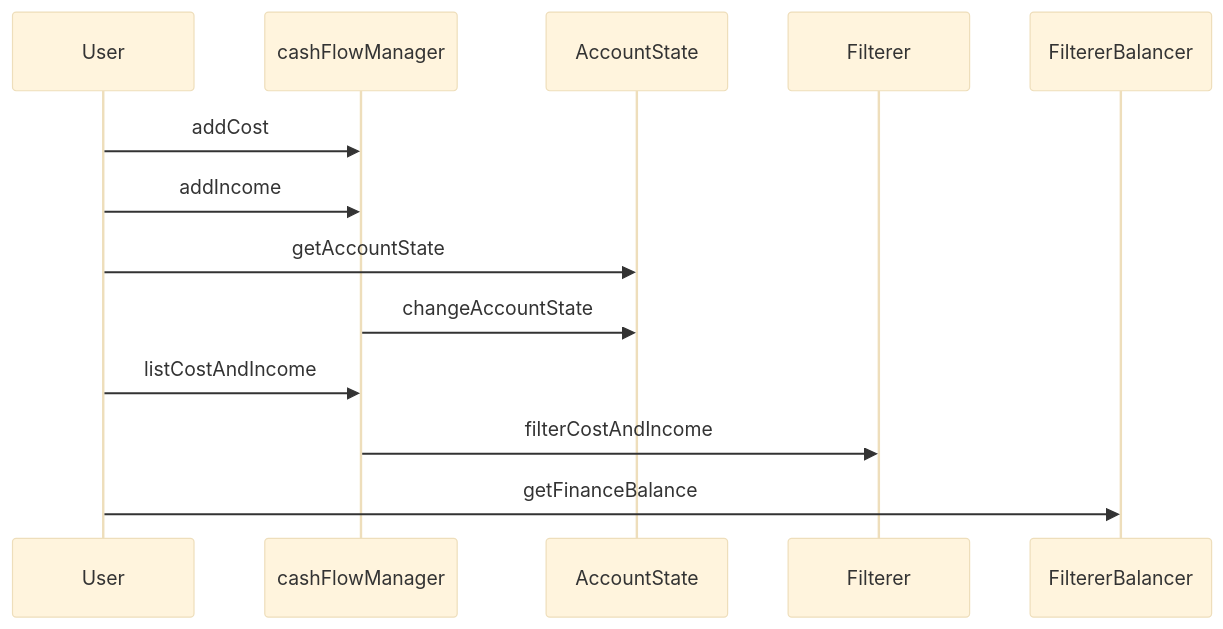
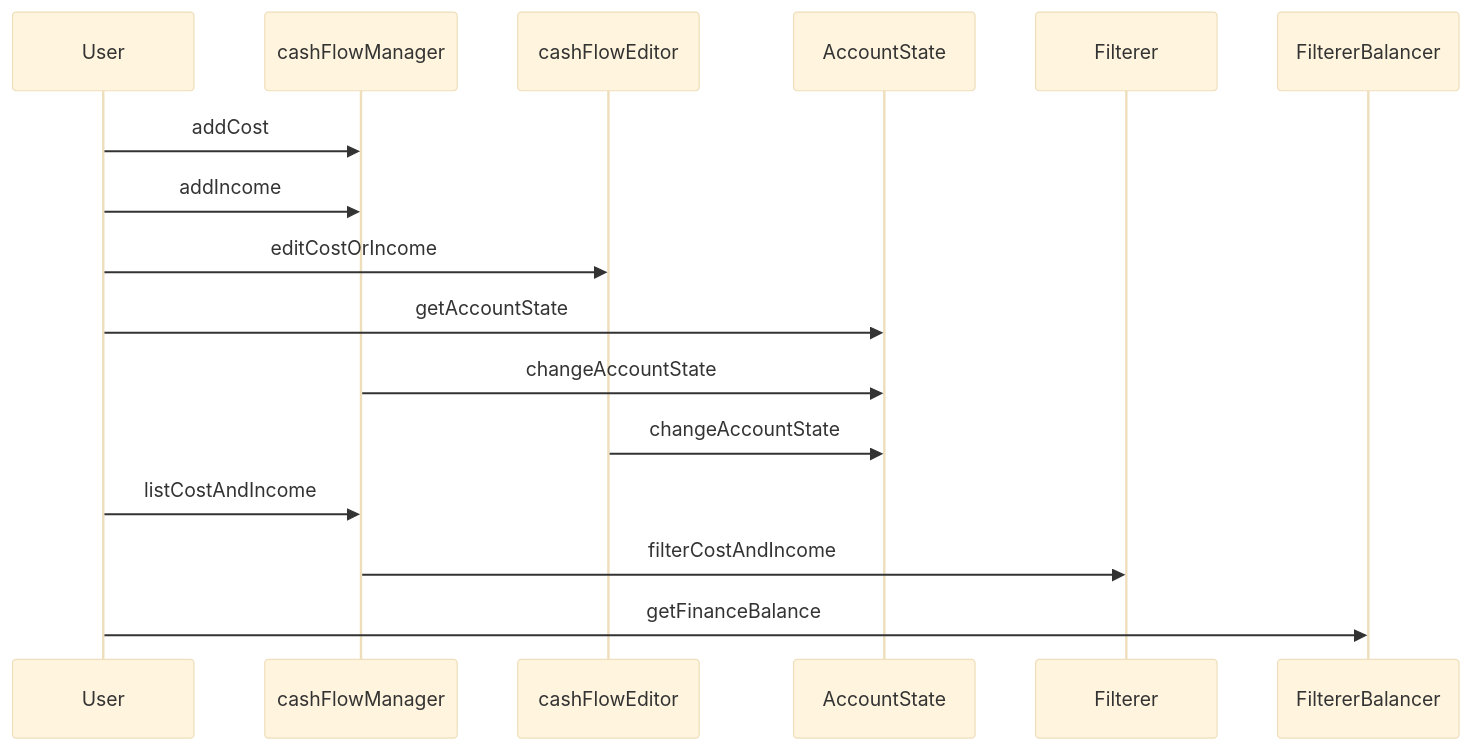
The diagram in README.md (kempakepa/budgetProject), drawn with Mermaid (base theme) before and after one commit. The commit also changed 30 other files, not shown here.

First line of the commit message:
feat(#14): edit cost and income (#22)

````diff
--- a/README.md
+++ b/README.md
@@ -22,10 +22,12 @@
 ```mermaid
 sequenceDiagram
     User->>cashFlowManager: addCost
     User->>cashFlowManager: addIncome
+    User->>cashFlowEditor: editCostOrIncome
     User->>AccountState: getAccountState
     cashFlowManager->>AccountState: changeAccountState
+    cashFlowEditor->>AccountState: changeAccountState
     User->>cashFlowManager: listCostAndIncome
     cashFlowManager->>Filterer: filterCostAndIncome
     User->>FiltererBalancer: getFinanceBalance
 ```
````
